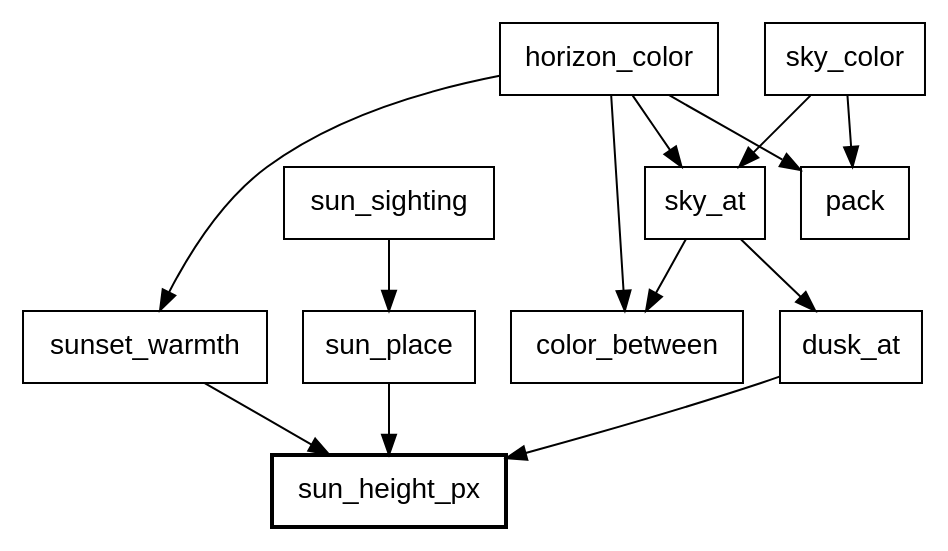
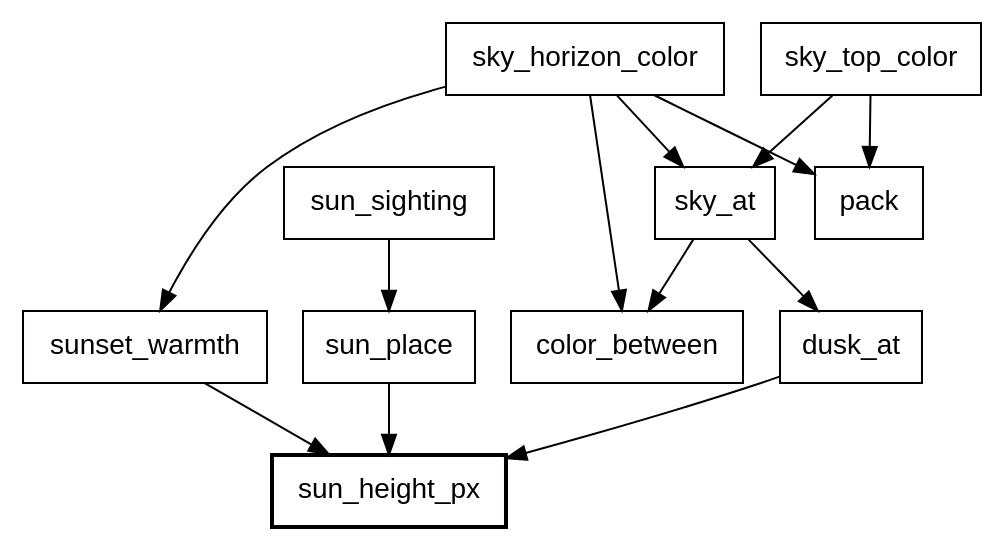
The fifth of 19 diagrams in canvas_apps/safari/tutorial/tutorial.md (showell/roc-apps), drawn with Graphviz before and after one commit. The commit also changed other lines of this file and 9 other files, not shown here.

First line of the commit message:
safari: Sky.sky_color and Tour.sky_top become sky_top_color, and their partner sky_horizon_color

````diff
--- a/canvas_apps/safari/tutorial/tutorial.md
+++ b/canvas_apps/safari/tutorial/tutorial.md
@@ -267,18 +267,18 @@
 ```dot
 digraph sky_calls {
   node [shape=box, fontname="Helvetica"];
-  sky_color -> sky_at;
-  sky_color -> pack;
-  horizon_color -> sky_at;
-  horizon_color -> color_between;
-  horizon_color -> sunset_warmth;
-  horizon_color -> pack;
+  sky_top_color -> sky_at;
+  sky_top_color -> pack;
+  sky_horizon_color -> sky_at;
+  sky_horizon_color -> color_between;
+  sky_horizon_color -> sunset_warmth;
+  sky_horizon_color -> pack;
   sky_at -> dusk_at;
   sky_at -> color_between;
   dusk_at -> sun_height_px;
   sunset_warmth -> sun_height_px;
   sun_sighting -> sun_place;
   sun_place -> sun_height_px;
   sun_height_px [style=bold];
 }
 ```
````
